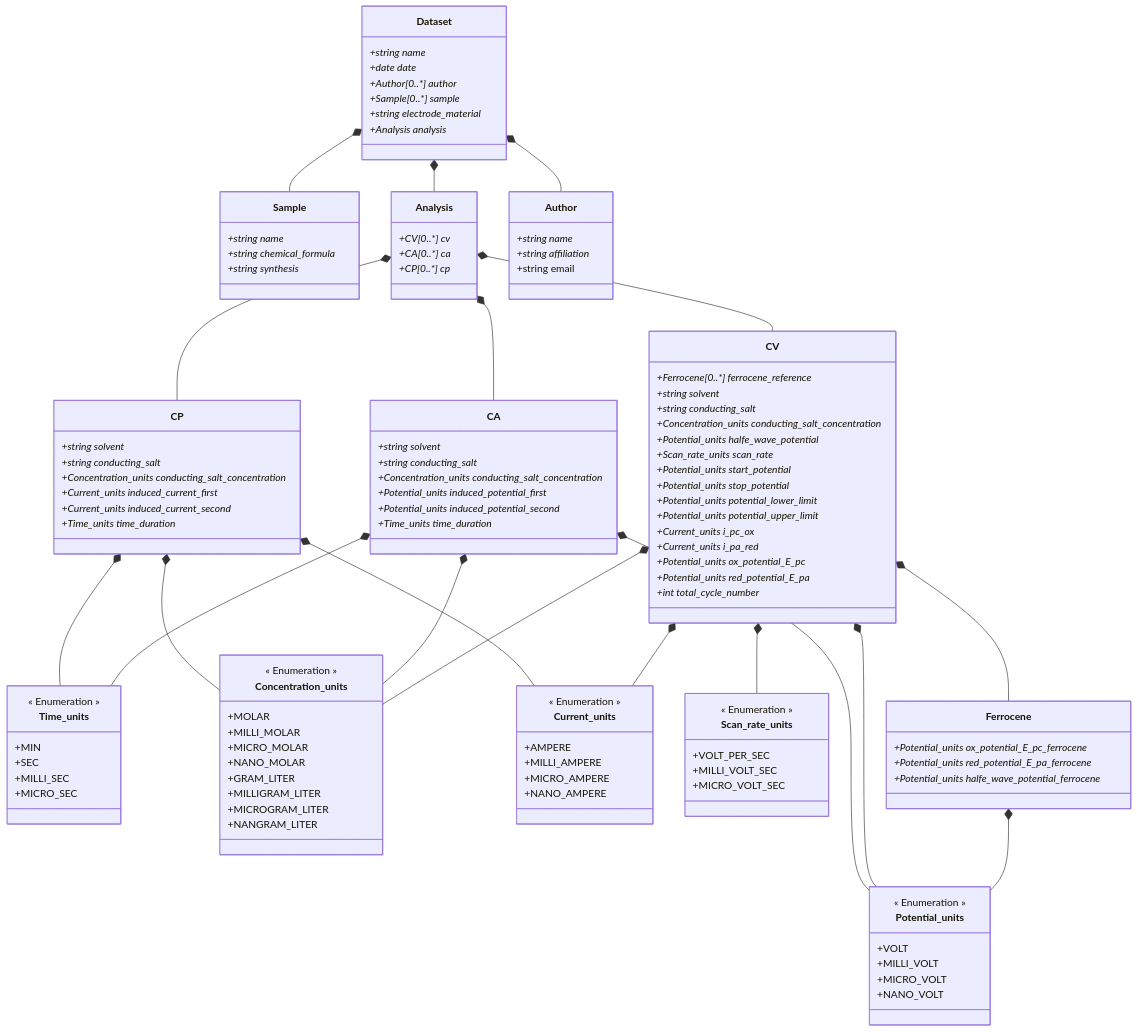
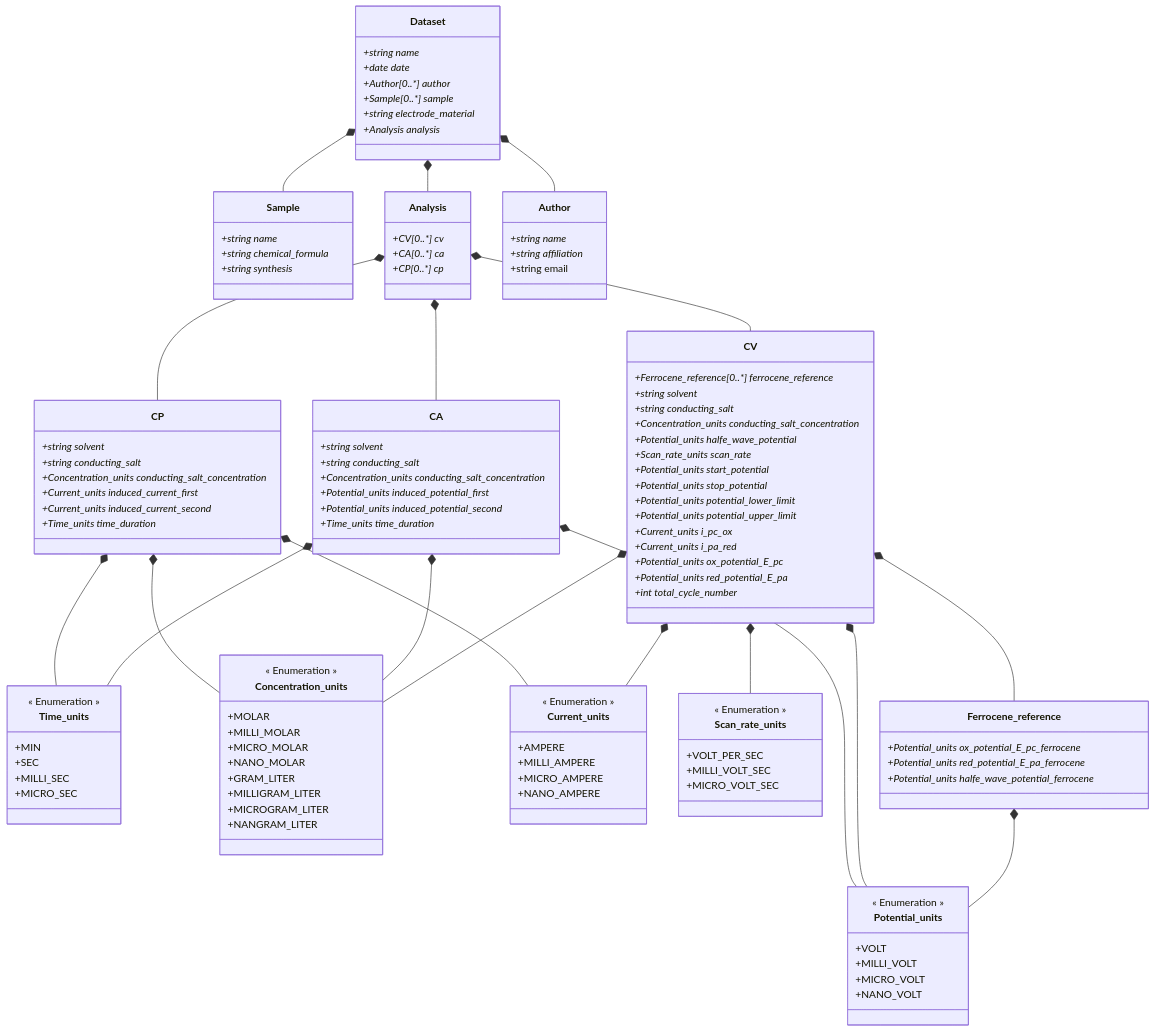
The diagram in ElectrochemistryDataModel/schemes/electrochemistrydatamodel_schema.md (FAIRChemistry/datamodel-electrochemistry), drawn with Mermaid before and after one commit. The commit also changed 10 other files, not shown here.

```diff
--- a/ElectrochemistryDataModel/schemes/electrochemistrydatamodel_schema.md
+++ b/ElectrochemistryDataModel/schemes/electrochemistrydatamodel_schema.md
@@ -16,8 +16,8 @@
     CV *-- Scan_rate_units
     CV *-- Current_units
     CV *-- Potential_units
-    CV *-- Ferrocene
-    Ferrocene *-- Potential_units
+    CV *-- Ferrocene_reference
+    Ferrocene_reference *-- Potential_units
     
     class Dataset {
         +string name*
@@ -59,7 +59,7 @@
     }
     
     class CV {
-        +Ferrocene[0..*] ferrocene_reference*
+        +Ferrocene_reference[0..*] ferrocene_reference*
         +string solvent*
         +string conducting_salt*
         +Concentration_units conducting_salt_concentration*
@@ -76,7 +76,7 @@
         +int total_cycle_number*
     }
     
-    class Ferrocene {
+    class Ferrocene_reference {
         +Potential_units ox_potential_E_pc_ferrocene*
         +Potential_units red_potential_E_pa_ferrocene*
         +Potential_units halfe_wave_potential_ferrocene*
```
